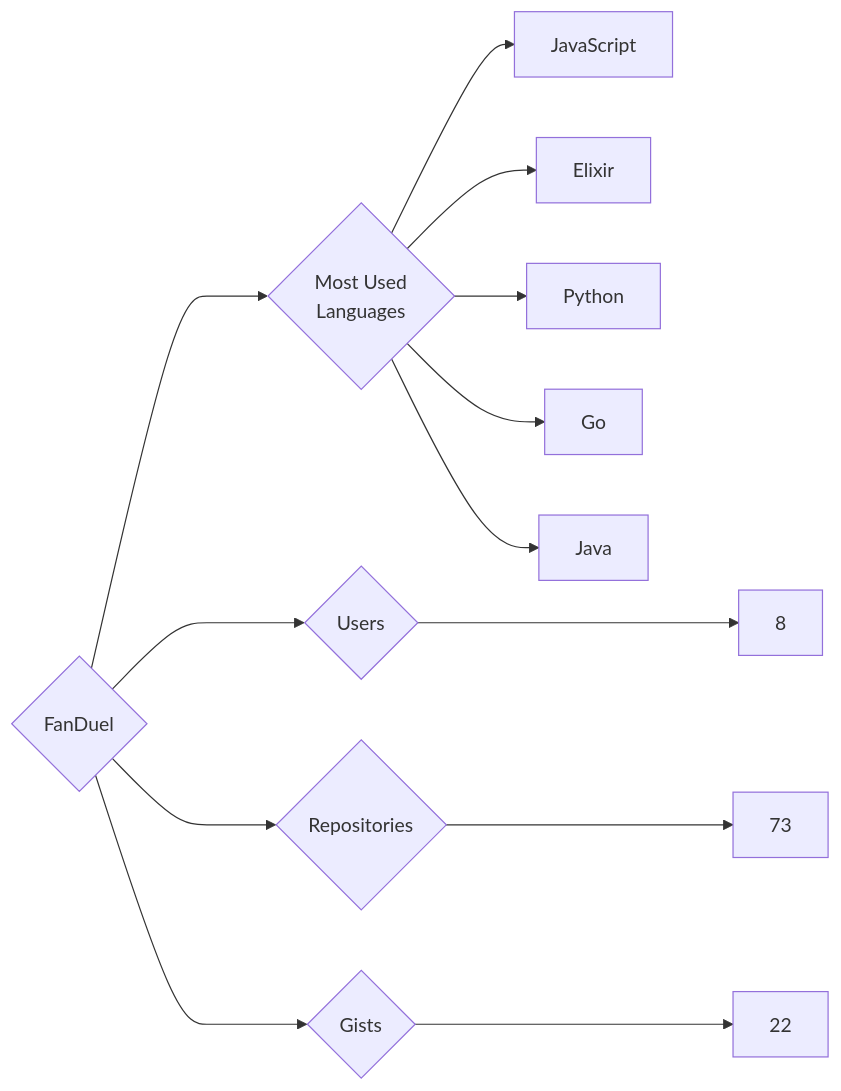
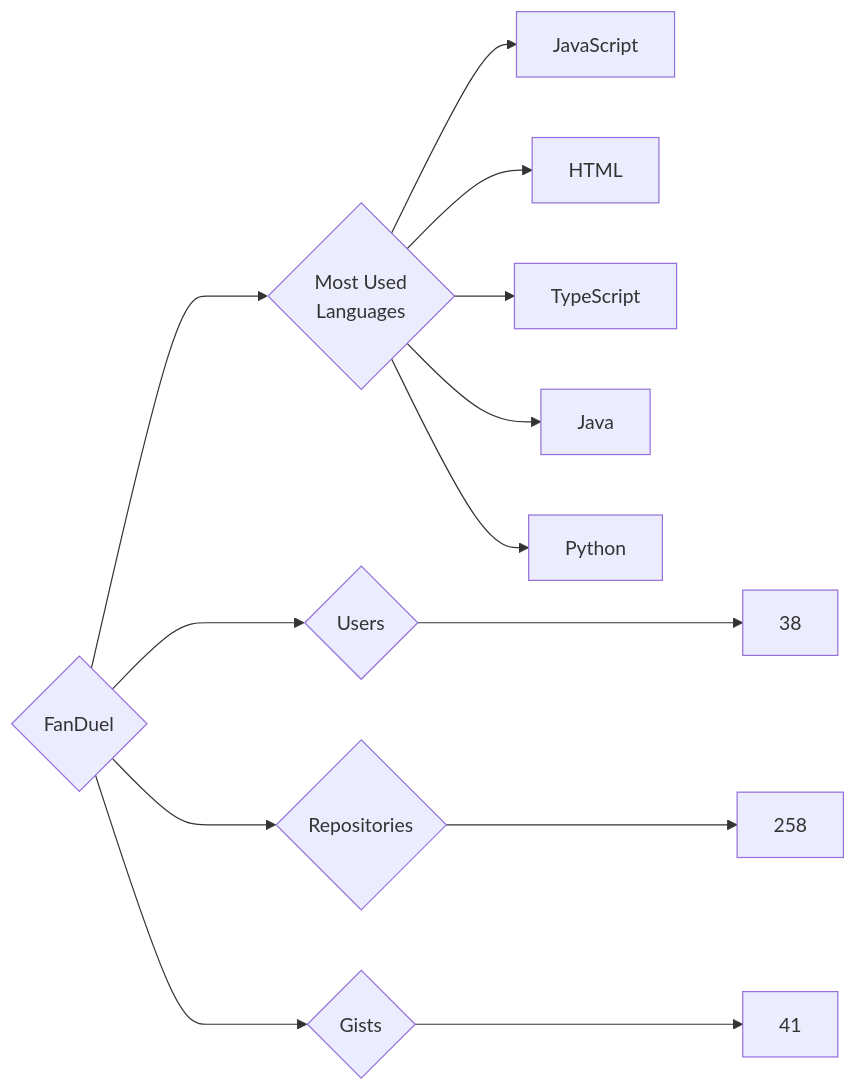
One commit to trickest/insiders changed the diagram in targets/FanDuel/README.md. Above: the diagram before and after it, drawn with Mermaid. The commit also changed 610 other files, not shown here.

````diff
--- a/targets/FanDuel/README.md
+++ b/targets/FanDuel/README.md
@@ -3,13 +3,13 @@
 ```mermaid
 graph LR
 COMPANY_NAME{FanDuel}
-COMPANY_NAME ---> U{Users} ---> UN[8]
-COMPANY_NAME ---> R{Repositories} ---> RN[73]
-COMPANY_NAME ---> G{Gists} ---> GN[22]
+COMPANY_NAME ---> U{Users} ---> UN[38]
+COMPANY_NAME ---> R{Repositories} ---> RN[258]
+COMPANY_NAME ---> G{Gists} ---> GN[41]
 COMPANY_NAME ---> ML{Most Used<br>Languages}
 ML --> JavaScript[JavaScript]
-ML --> Elixir[Elixir]
+ML --> HTML[HTML]
+ML --> TypeScript[TypeScript]
+ML --> Java[Java]
 ML --> Python[Python]
-ML --> Go[Go]
-ML --> Java[Java]
 ```
````
